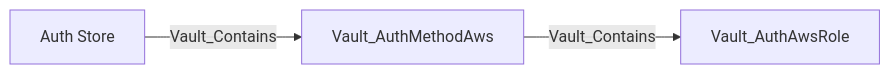
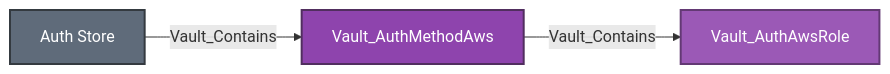
One commit to bytewreck/opengraph-vault changed the eighth of 28 diagrams in Documentation/stores/AUTH.md. Above: the diagram before and after it, drawn with Mermaid. The commit also changed other lines of this file, not shown here.

````diff
--- a/Documentation/stores/AUTH.md
+++ b/Documentation/stores/AUTH.md
@@ -309,5 +345,9 @@
 ```mermaid
 flowchart LR
-    store[Auth Store] -->|Vault_Contains| method[Vault_AuthMethodAws]
-    method -->|Vault_Contains| role[Vault_AuthAwsRole]
+    store[Auth Store]:::storeNode -->|Vault_Contains| method[Vault_AuthMethodAws]:::authMethodNode
+    method -->|Vault_Contains| role[Vault_AuthAwsRole]:::authRoleNode
+
+    classDef storeNode fill:#5F6B7A,color:#fff,stroke:#343A40,stroke-width:2px
+    classDef authMethodNode fill:#8E44AD,color:#fff,stroke:#512E5F,stroke-width:2px
+    classDef authRoleNode fill:#9B59B6,color:#fff,stroke:#633974,stroke-width:2px
 ```
````
